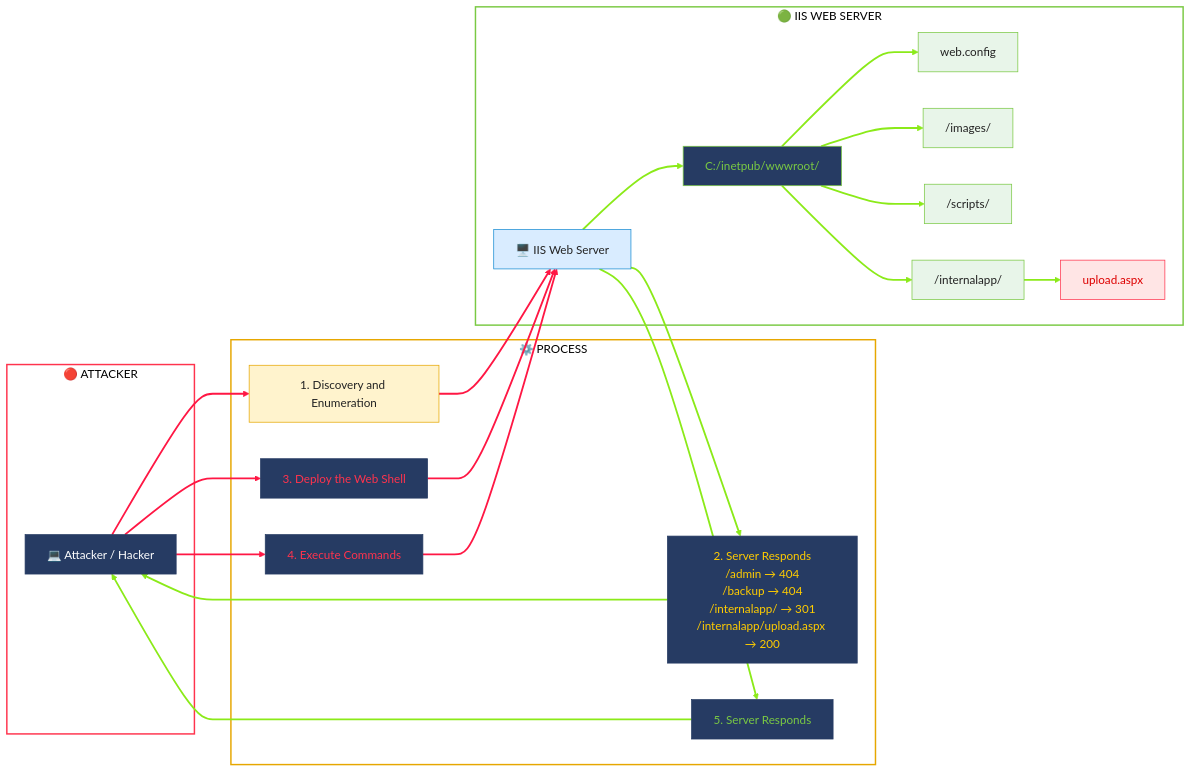
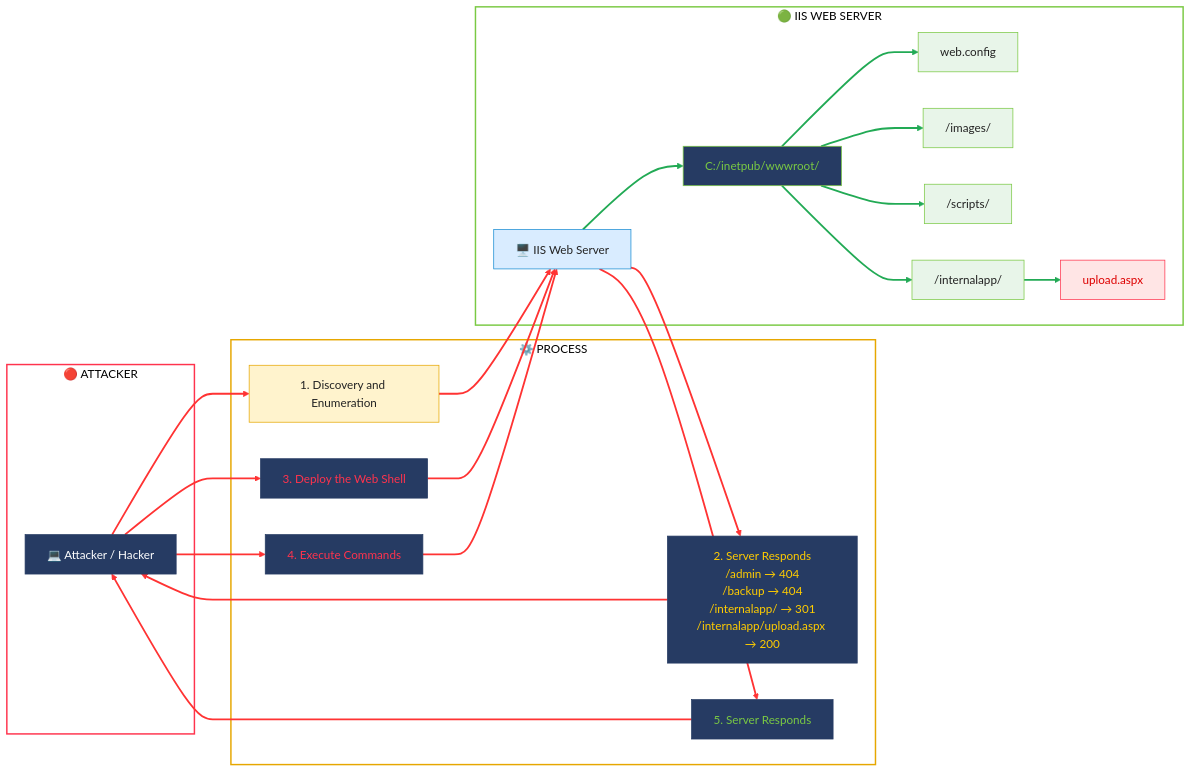
Before and after one commit to farizrepo/soc: the diagram in 01-Active-Directory/Initial-Access-Investigation.md, drawn with Mermaid.

````diff
--- a/01-Active-Directory/Initial-Access-Investigation.md
+++ b/01-Active-Directory/Initial-Access-Investigation.md
@@ -4,69 +4,69 @@
 ```mermaid
 graph LR;
 subgraph ATTACKER["🔴 ATTACKER"]
         A["💻 Attacker / Hacker"]
     end
 
     subgraph PROCESS["⚙️ PROCESS"]
         P1["1. Discovery and Enumeration"]
         P2["2. Server Responds<br/>/admin → 404<br/>/backup → 404<br/>/internalapp/ → 301<br/>/internalapp/upload.aspx → 200"]
         P3["3. Deploy the Web Shell"]
         P4["4. Execute Commands"]
         P5["5. Server Responds"]
     end
 
     subgraph SERVER["🟢 IIS WEB SERVER"]
         S1["🖥️ IIS Web Server"]
         S2["C:/inetpub/wwwroot/"]
         S3["web.config"]
         S4["/images/"]
         S5["/scripts/"]
         S6["/internalapp/"]
         S7["upload.aspx"]
 
         S1 --> S2
         S2 --> S3
         S2 --> S4
         S2 --> S5
         S2 --> S6
         S6 --> S7
     end
 
     A --> P1
     P1 --> S1
     S1 --> P2
     P2 --> A
     A --> P3
     P3 --> S1
     A --> P4
     P4 --> S1
     S1 --> P5
     P5 --> A
 
     %% BOX COLORS
     style ATTACKER fill:#ffffff,stroke:#ff334d,stroke-width:2px,color:#000
     style PROCESS fill:#ffffff,stroke:#e6a700,stroke-width:2px,color:#000
     style SERVER fill:#ffffff,stroke:#7ac943,stroke-width:2px,color:#000
 
     %% NODE COLORS
     style A fill:#263b63,color:#ffffff,stroke:#263b63
     style P1 fill:#fff3cd,color:#222,stroke:#e6a700
     style P2 fill:#263b63,color:#ffcc00,stroke:#263b63
     style P3 fill:#263b63,color:#ff334d,stroke:#263b63
     style P4 fill:#263b63,color:#ff334d,stroke:#263b63
     style P5 fill:#263b63,color:#7ac943,stroke:#263b63
 
     style S1 fill:#d9ecff,color:#222,stroke:#168bd2
     style S2 fill:#263b63,color:#7ac943,stroke:#7ac943
     style S3 fill:#e8f5e9,color:#222,stroke:#7ac943
     style S4 fill:#e8f5e9,color:#222,stroke:#7ac943
     style S5 fill:#e8f5e9,color:#222,stroke:#7ac943
     style S6 fill:#e8f5e9,color:#222,stroke:#7ac943
     style S7 fill:#ffe5e5,color:#d00,stroke:#ff334d
 
-    %% DIRECTORY TREE - GREEN
-    linkStyle 0,1,2,3,4,5,8,9,14,15 stroke:#8bea19,stroke-width:2.5px
+      %% DIRECTORY TREE - GREEN
+    linkStyle 0,1,2,3,4,5 stroke:#22aa55,stroke-width:2.5px
 
     %% REQUEST FLOW - RED
-    linkStyle 6,7,10,11,12,13 stroke:#ff1744,stroke-width:2.5px
+    linkStyle 6,7,8,9,10,11,12,13,14,15 stroke:#ff3333,stroke-width:2.5px
 ```
````
